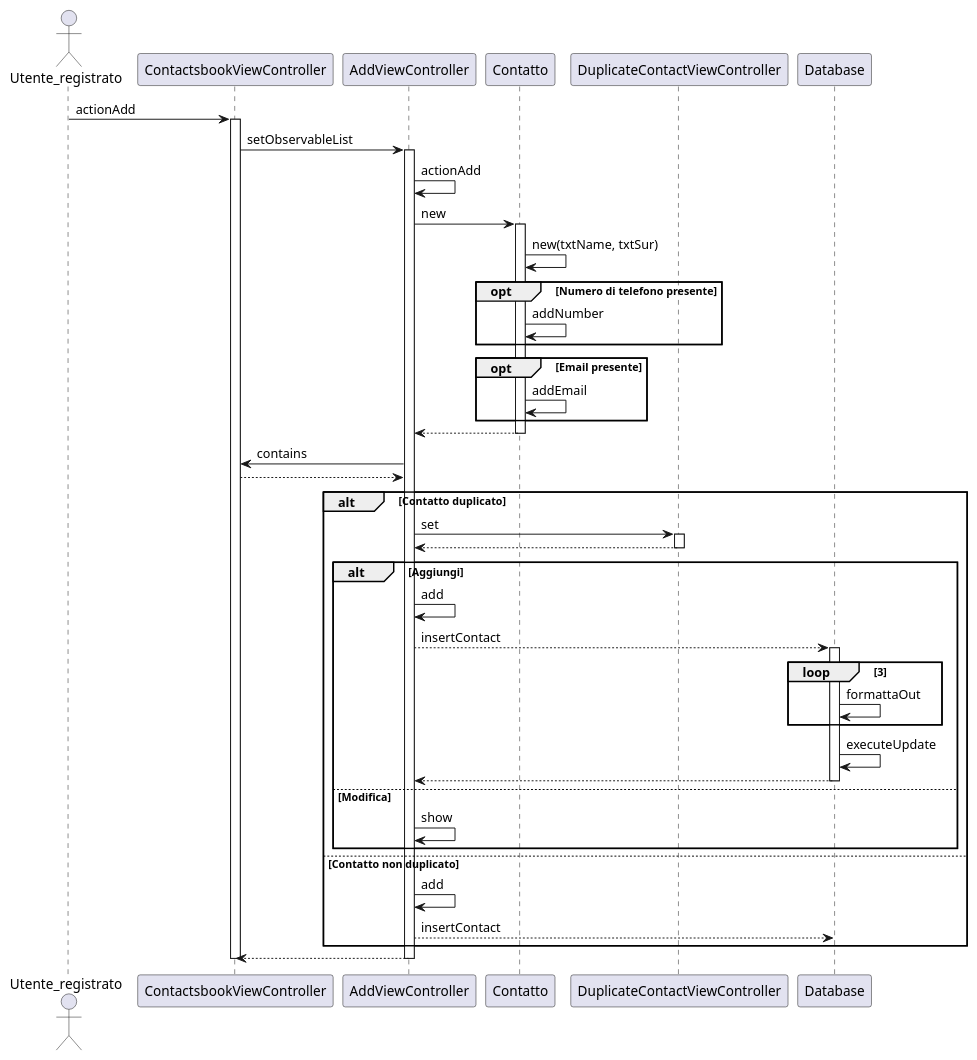
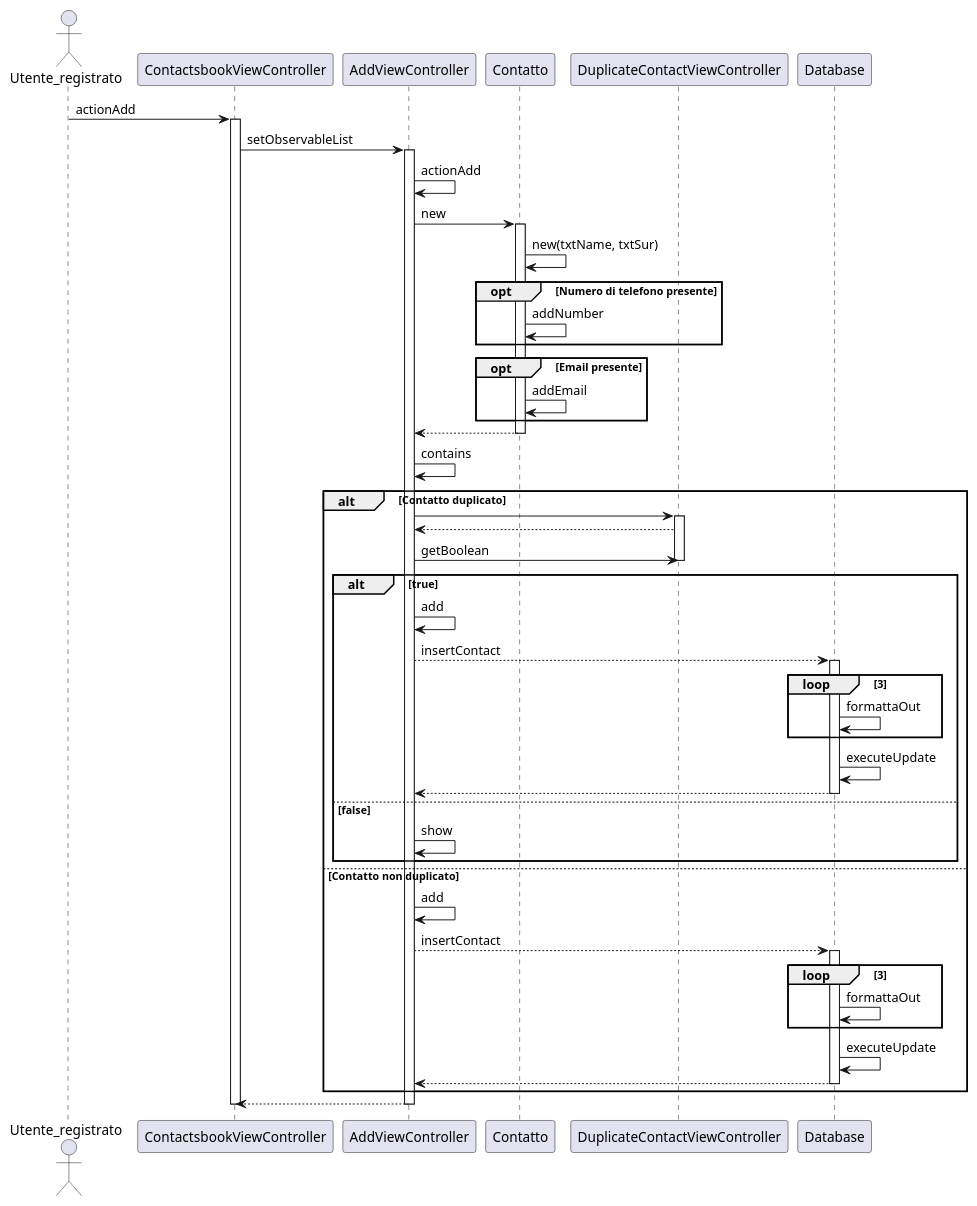
One commit to CupoMeridio/Ingegneria-del-software-2024-2025 changed the diagram in src/main/resources/SequenceDiagrams/SequenceDiagramm_actionAdd.puml. Above: the diagram before and after it, drawn with PlantUML. The commit also changed 7 other files, not shown here.

```diff
--- a/src/main/resources/SequenceDiagrams/SequenceDiagramm_actionAdd.puml
+++ b/src/main/resources/SequenceDiagrams/SequenceDiagramm_actionAdd.puml
@@ -1,54 +1,61 @@
 @startuml
 actor Utente_registrato
 participant ContactsbookViewController
 participant AddViewController
 participant "Contatto" as Contact
 participant DuplicateContactViewController
 participant Database
 
 Utente_registrato -> ContactsbookViewController: actionAdd
 activate ContactsbookViewController
 ContactsbookViewController->AddViewController: setObservableList
 activate AddViewController
 AddViewController -> AddViewController: actionAdd
 AddViewController -> Contact: new
 activate Contact
 Contact->Contact: new(txtName, txtSur)
 opt Numero di telefono presente
     Contact -> Contact: addNumber
 end
 opt Email presente
     Contact -> Contact: addEmail
 end
 Contact --> AddViewController
 deactivate Contact
-AddViewController->ContactsbookViewController: contains
-ContactsbookViewController-->AddViewController
+AddViewController->AddViewController: contains
 
 alt Contatto duplicato
-    AddViewController -> DuplicateContactViewController: set
+    AddViewController -> DuplicateContactViewController
     activate DuplicateContactViewController
     DuplicateContactViewController-->AddViewController
+    AddViewController->DuplicateContactViewController: getBoolean
     deactivate DuplicateContactViewController 
-        alt Aggiungi
+        alt true
             AddViewController->AddViewController:add
             AddViewController-->Database: insertContact
             activate Database
             loop 3
              Database -> Database: formattaOut
             end 
             Database -> Database: executeUpdate
             Database --> AddViewController
             deactivate Database
-        else Modifica
+        else false
             AddViewController->AddViewController:show
         end
 else Contatto non duplicato
 AddViewController->AddViewController: add
 AddViewController-->Database: insertContact
+activate Database
+            loop 3
+             Database -> Database: formattaOut
+            end 
+            Database -> Database: executeUpdate
+            Database --> AddViewController
+            deactivate Database
 end
 deactivate Contact
 AddViewController-->ContactsbookViewController
 deactivate AddViewController
 deactivate ContactsbookViewController
 @enduml 
```
